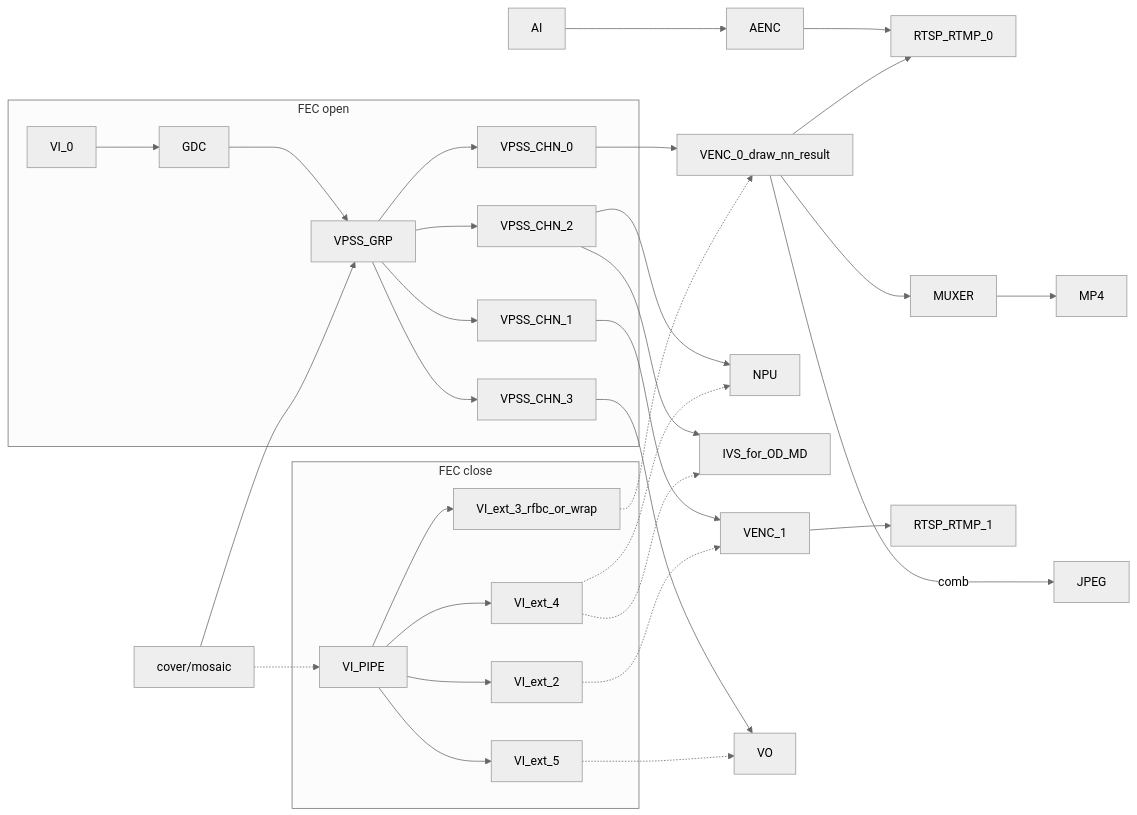
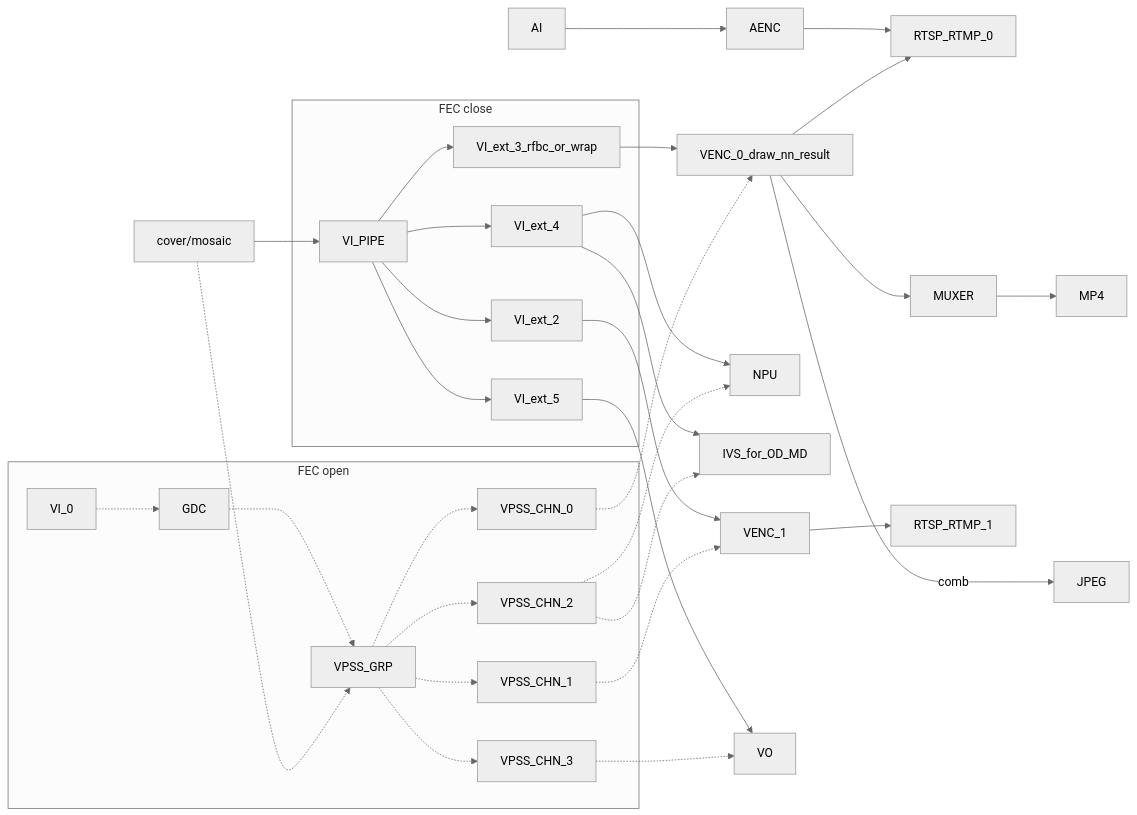
Diagram 18 of 19 in docs/Rockchip_Developer_Guide_Linux_RKIPC_CN.md (mixtile-rockchip/mixtile-sdk-linux-app-rkipc), drawn with Mermaid (neutral theme) before and after one commit. The commit also changed other lines of this file and 4 other files, not shown here.

````diff
--- a/docs/Rockchip_Developer_Guide_Linux_RKIPC_CN.md
+++ b/docs/Rockchip_Developer_Guide_Linux_RKIPC_CN.md
@@ -388,34 +388,35 @@
 ```mermaid
 graph LR
 AI-->AENC-->RTSP_RTMP_0
-subgraph "FEC open"
-	VI_0-->GDC-->VPSS_GRP
-	VPSS_GRP-->VPSS_CHN_0
-	VPSS_GRP-->VPSS_CHN_1
-	VPSS_GRP-->VPSS_CHN_2
-	VPSS_GRP-->VPSS_CHN_3
-end
-VPSS_CHN_0-->VENC_0_draw_nn_result
-VPSS_CHN_2-->NPU
-VPSS_CHN_2-->IVS_for_OD_MD
-VPSS_CHN_1-->VENC_1
-VPSS_CHN_3-->VO
 
 subgraph "FEC close"
     VI_PIPE-->VI_ext_3_rfbc_or_wrap
     VI_PIPE-->VI_ext_4
     VI_PIPE-->VI_ext_2
     VI_PIPE-->VI_ext_5
 end
-VI_ext_3_rfbc_or_wrap-.->VENC_0_draw_nn_result-->MUXER-->MP4
+VI_ext_3_rfbc_or_wrap-->VENC_0_draw_nn_result-->MUXER-->MP4
 VENC_0_draw_nn_result--combo-->JPEG
-VI_ext_4-.->NPU
-VI_ext_4-.->IVS_for_OD_MD
+VI_ext_4-->NPU
+VI_ext_4-->IVS_for_OD_MD
 VENC_0_draw_nn_result-->RTSP_RTMP_0
-VI_ext_2-.->VENC_1-->RTSP_RTMP_1
-VI_ext_5-.->VO
+VI_ext_2-->VENC_1-->RTSP_RTMP_1
+VI_ext_5-->VO
 
- cover/mosaic-.->VI_PIPE
- cover/mosaic-->VPSS_GRP
+subgraph "FEC open"
+	VI_0-.->GDC-.->VPSS_GRP
+	VPSS_GRP-.->VPSS_CHN_0
+	VPSS_GRP-.->VPSS_CHN_1
+	VPSS_GRP-.->VPSS_CHN_2
+	VPSS_GRP-.->VPSS_CHN_3
+end
+VPSS_CHN_0-.->VENC_0_draw_nn_result
+VPSS_CHN_2-.->NPU
+VPSS_CHN_2-.->IVS_for_OD_MD
+VPSS_CHN_1-.->VENC_1
+VPSS_CHN_3-.->VO
+
+ cover/mosaic-->VI_PIPE
+ cover/mosaic-.->VPSS_GRP
 
 ```
````
